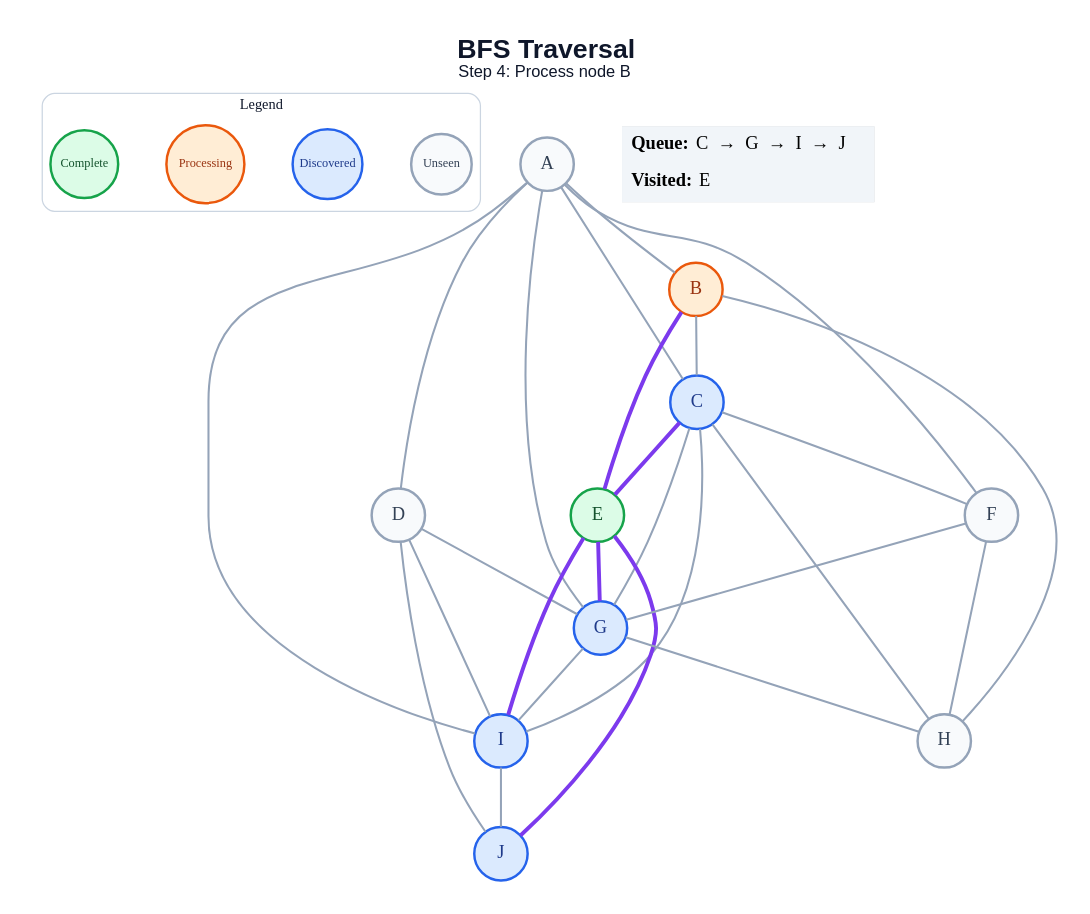
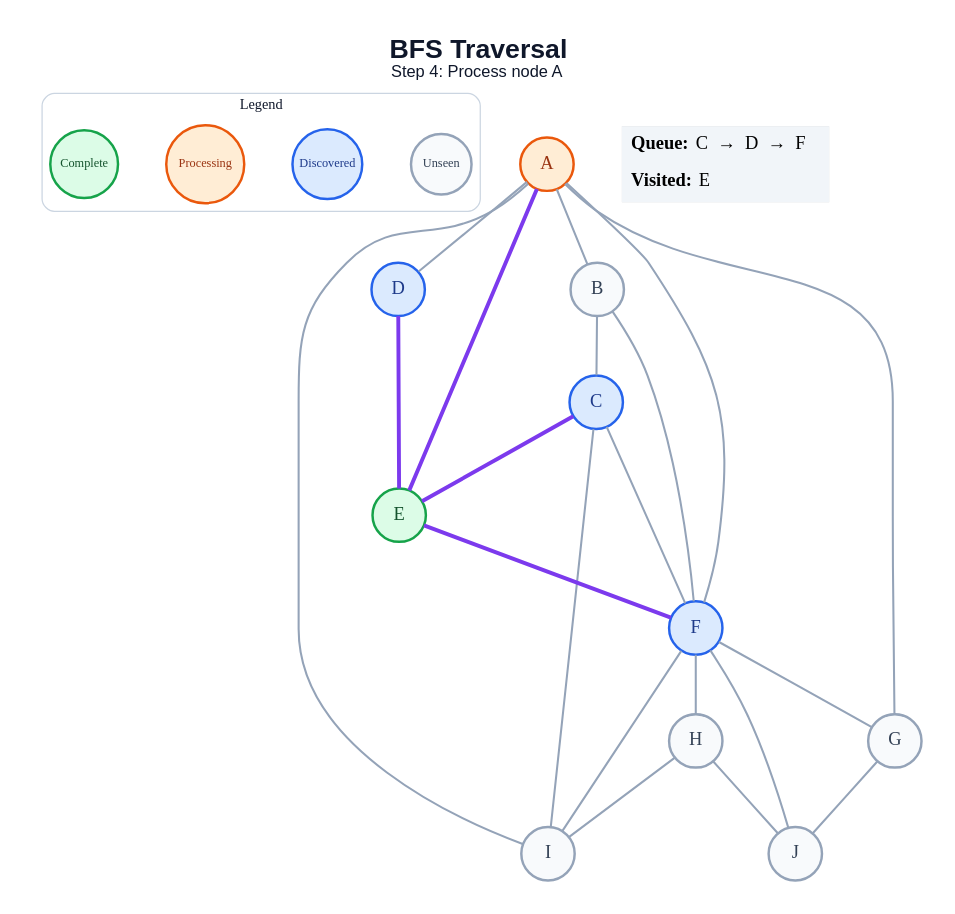
The diagram in generated/specific-node/bfs/step_04.dot (amanghodawala9/ai-slop), drawn with Graphviz before and after one commit. The commit also changed 178 other files, not shown here.

```diff
--- a/generated/specific-node/bfs/step_04.dot
+++ b/generated/specific-node/bfs/step_04.dot
@@ -1,54 +1,49 @@
 graph traversal {
   graph [layout=dot, rankdir=TB, bgcolor="#FFFFFF", pad="0.35", nodesep="0.65", ranksep="0.8", fontname="Arial"];
   node [shape=circle, style="filled", fontname="Arial Bold", fontsize=18, width=0.72, fixedsize=true, penwidth=2.4];
   edge [color="#94A3B8", penwidth=2.0];
-  label=<<B>BFS Traversal</B><BR/><FONT POINT-SIZE="16">Step 4: Process node B</FONT>>; labelloc="t"; fontsize=26; fontname="Arial"; fontcolor="#0F172A";
+  label=<<B>BFS Traversal</B><BR/><FONT POINT-SIZE="16">Step 4: Process node A</FONT>>; labelloc="t"; fontsize=26; fontname="Arial"; fontcolor="#0F172A";
   subgraph cluster_legend { label="Legend"; color="#CBD5E1"; penwidth=1.2; style="rounded"; fontsize=14; fontname="Arial Bold";
     key_unseen [label="Unseen", fillcolor="#F8FAFC", color="#94A3B8", fontcolor="#334155", fontsize=12, width=0.82];
     key_frontier [label="Discovered", fillcolor="#DBEAFE", color="#2563EB", fontcolor="#1E3A8A", fontsize=12, width=0.95];
     key_current [label="Processing", fillcolor="#FFEDD5", color="#EA580C", fontcolor="#9A3412", fontsize=12, width=1.05];
     key_done [label="Complete", fillcolor="#DCFCE7", color="#16A34A", fontcolor="#14532D", fontsize=12, width=0.92];
     { rank=same; key_unseen; key_frontier; key_current; key_done; }
   }
-  A [fillcolor="#F8FAFC", color="#94A3B8", fontcolor="#334155"];
-  B [fillcolor="#FFEDD5", color="#EA580C", fontcolor="#9A3412"];
+  A [fillcolor="#FFEDD5", color="#EA580C", fontcolor="#9A3412"];
+  B [fillcolor="#F8FAFC", color="#94A3B8", fontcolor="#334155"];
   C [fillcolor="#DBEAFE", color="#2563EB", fontcolor="#1E3A8A"];
-  D [fillcolor="#F8FAFC", color="#94A3B8", fontcolor="#334155"];
+  D [fillcolor="#DBEAFE", color="#2563EB", fontcolor="#1E3A8A"];
   E [fillcolor="#DCFCE7", color="#16A34A", fontcolor="#14532D"];
-  F [fillcolor="#F8FAFC", color="#94A3B8", fontcolor="#334155"];
-  G [fillcolor="#DBEAFE", color="#2563EB", fontcolor="#1E3A8A"];
+  F [fillcolor="#DBEAFE", color="#2563EB", fontcolor="#1E3A8A"];
+  G [fillcolor="#F8FAFC", color="#94A3B8", fontcolor="#334155"];
   H [fillcolor="#F8FAFC", color="#94A3B8", fontcolor="#334155"];
-  I [fillcolor="#DBEAFE", color="#2563EB", fontcolor="#1E3A8A"];
-  J [fillcolor="#DBEAFE", color="#2563EB", fontcolor="#1E3A8A"];
+  I [fillcolor="#F8FAFC", color="#94A3B8", fontcolor="#334155"];
+  J [fillcolor="#F8FAFC", color="#94A3B8", fontcolor="#334155"];
   A -- B;
-  A -- C;
   A -- D;
+  A -- E [color="#7C3AED", penwidth=3.8];
   A -- F;
   A -- G;
   A -- I;
   B -- C;
-  B -- E [color="#7C3AED", penwidth=3.8];
-  B -- H;
+  B -- F;
   C -- E [color="#7C3AED", penwidth=3.8];
   C -- F;
-  C -- G;
-  C -- H;
   C -- I;
-  D -- G;
-  D -- I;
-  D -- J;
-  E -- G [color="#7C3AED", penwidth=3.8];
-  E -- I [color="#7C3AED", penwidth=3.8];
-  E -- J [color="#7C3AED", penwidth=3.8];
+  D -- E [color="#7C3AED", penwidth=3.8];
+  E -- F [color="#7C3AED", penwidth=3.8];
   F -- G;
   F -- H;
-  G -- H;
-  G -- I;
-  I -- J;
+  F -- I;
+  F -- J;
+  G -- J;
+  H -- I;
+  H -- J;
   status [shape=plain, fixedsize=false, width=0, height=0, margin=0, label=<
     <TABLE BORDER="0" CELLBORDER="0" CELLPADDING="7" BGCOLOR="#F1F5F9">
-      <TR><TD ALIGN="LEFT"><B>Queue:</B> C  →  G  →  I  →  J</TD></TR>
+      <TR><TD ALIGN="LEFT"><B>Queue:</B> C  →  D  →  F</TD></TR>
       <TR><TD ALIGN="LEFT"><B>Visited:</B> E</TD></TR>
     </TABLE>
   >];
 }
```
